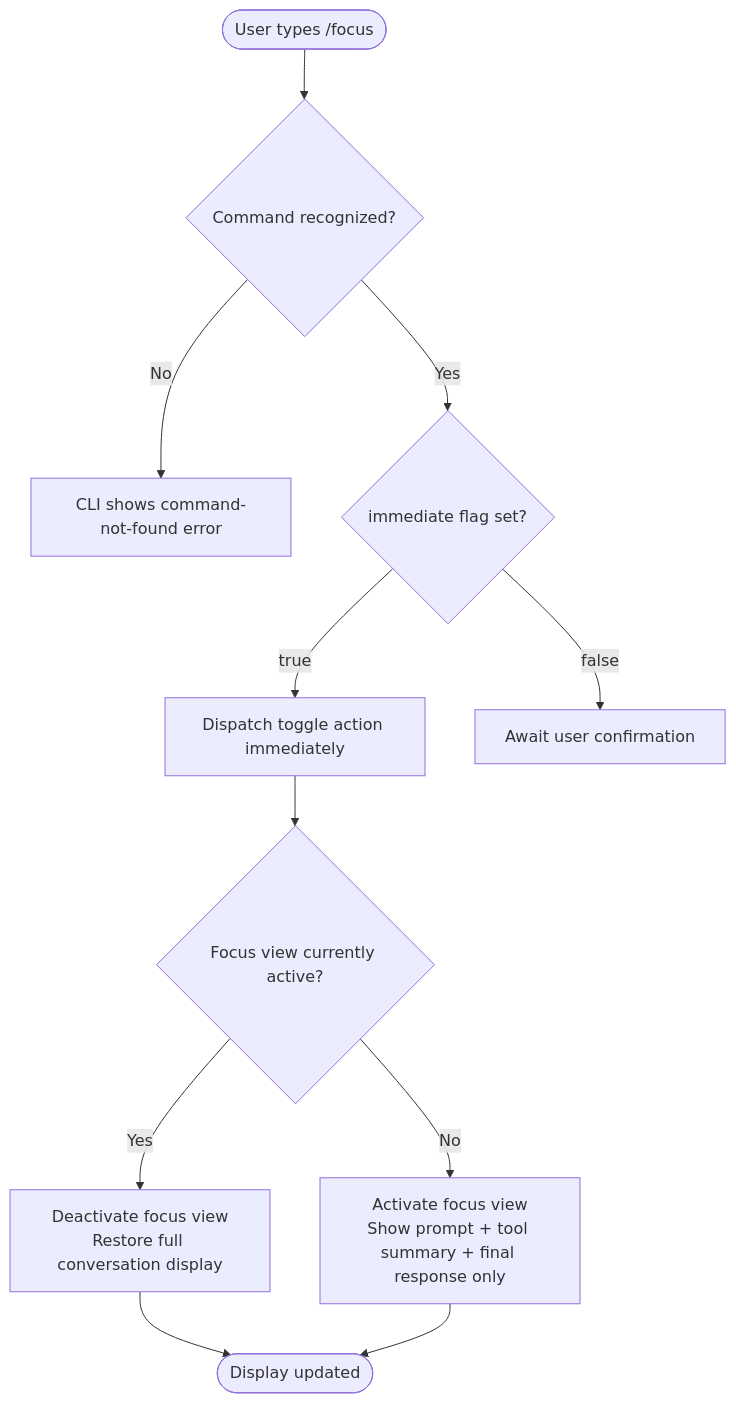
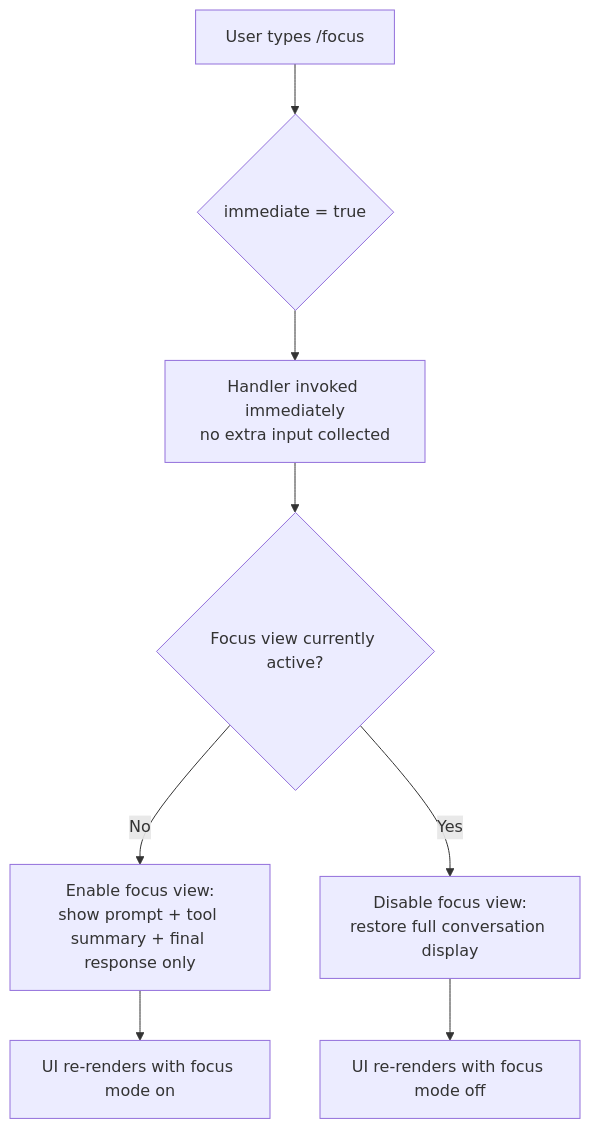
One commit to MyLittleLuckyDog/cc-gnothi changed the diagram in versions/v2.1.143/focus.md. Above: the diagram before and after it, drawn with Mermaid. The commit also changed other lines of this file and 483 other files, not shown here.

````diff
--- a/versions/v2.1.143/focus.md
+++ b/versions/v2.1.143/focus.md
@@ -49,13 +58,10 @@
 ```mermaid
 flowchart TD
-    A([User types /focus]) --> B{Command recognized?}
-    B -- No --> C[CLI shows command-not-found error]
-    B -- Yes --> D{immediate flag set?}
-    D -- true --> E[Dispatch toggle action immediately]
-    D -- false --> F[Await user confirmation]
-    E --> G{Focus view currently active?}
-    G -- Yes --> H[Deactivate focus view\nRestore full conversation display]
-    G -- No --> I[Activate focus view\nShow prompt + tool summary + final response only]
-    H --> J([Display updated])
-    I --> J
+    A[User types /focus] --> B{immediate = true}
+    B --> C[Handler invoked immediately\nno extra input collected]
+    C --> D{Focus view currently active?}
+    D -- No --> E[Enable focus view:\nshow prompt + tool summary + final response only]
+    D -- Yes --> F[Disable focus view:\nrestore full conversation display]
+    E --> G[UI re-renders with focus mode on]
+    F --> H[UI re-renders with focus mode off]
 ```
````
